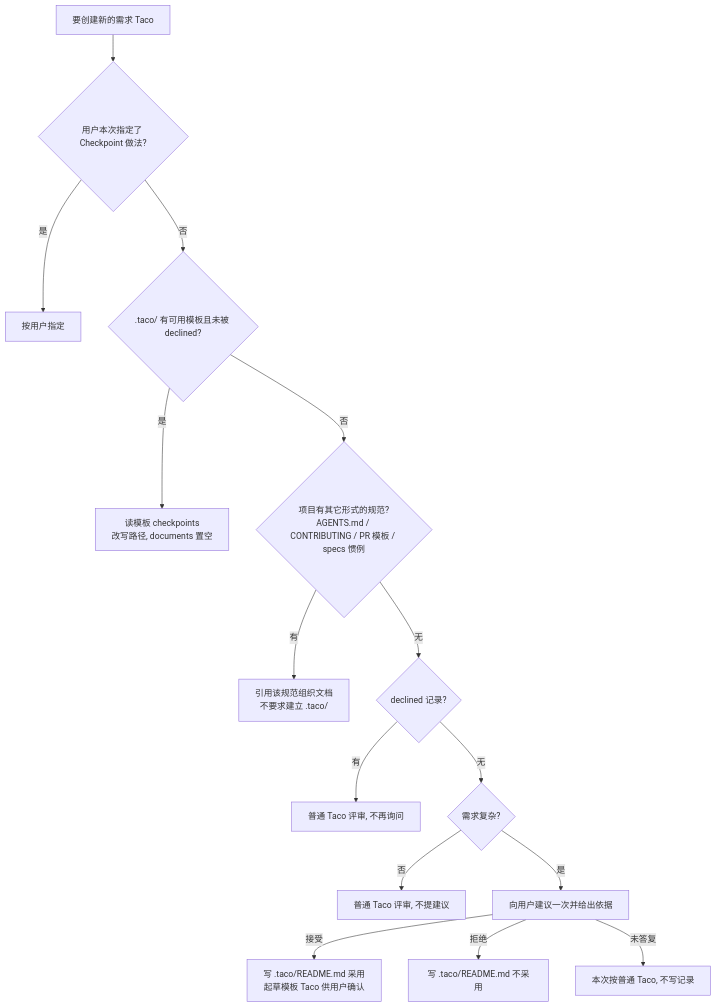
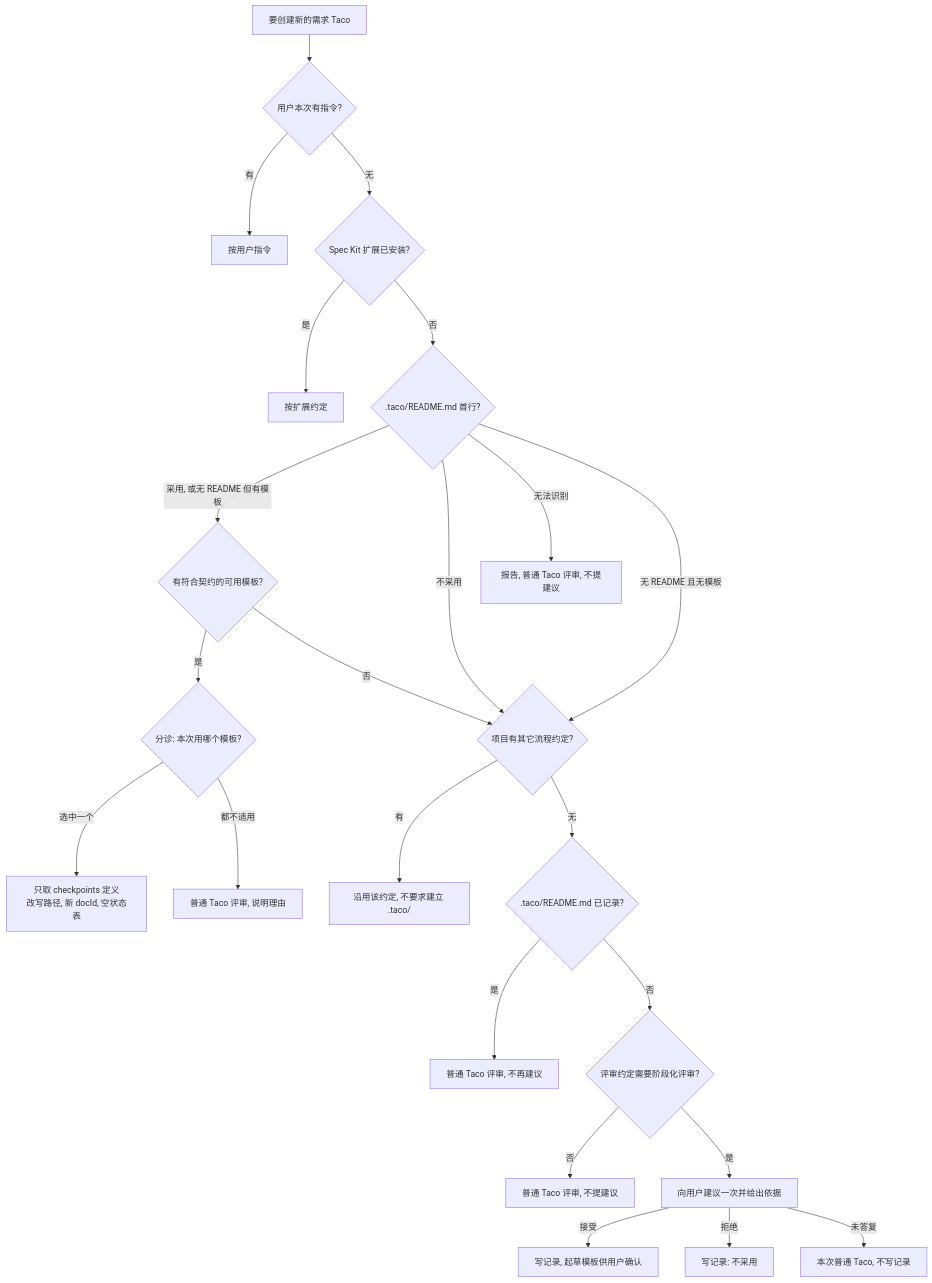
The diagram in specs/017-project-checkpoint-convention/spec.md (Arcadia822/taco), drawn with Mermaid before and after one commit. The commit also changed other lines of this file and 1 other file, not shown here.

Commit message:
docs(specs): revise TACO-34 design per second human review

````diff
--- a/specs/017-project-checkpoint-convention/spec.md
+++ b/specs/017-project-checkpoint-convention/spec.md
@@ -55,17 +69,25 @@
 ```mermaid
 flowchart TD
-  A[要创建新的需求 Taco] --> B{用户本次指定了 Checkpoint 做法?}
-  B -- 是 --> U[按用户指定]
-  B -- 否 --> C{.taco/ 有可用模板且未被 declined?}
-  C -- 是 --> T[读模板 checkpoints<br/>改写路径, documents 置空]
-  C -- 否 --> D{项目有其它形式的规范?<br/>AGENTS.md / CONTRIBUTING / PR 模板 / specs 惯例}
-  D -- 有 --> F[引用该规范组织文档<br/>不要求建立 .taco/]
-  D -- 无 --> R{declined 记录?}
-  R -- 有 --> P[普通 Taco 评审, 不再询问]
-  R -- 无 --> E{需求复杂?}
+  A[要创建新的需求 Taco] --> B{用户本次有指令?}
+  B -- 有 --> U[按用户指令]
+  B -- 无 --> K{Spec Kit 扩展已安装?}
+  K -- 是 --> KS[按扩展约定]
+  K -- 否 --> M{.taco/README.md 首行?}
+  M -- 采用, 或无 README 但有模板 --> C{有符合契约的可用模板?}
+  M -- 不采用 --> D
+  M -- 无法识别 --> X[报告, 普通 Taco 评审, 不提建议]
+  M -- 无 README 且无模板 --> D
+  C -- 是 --> T{分诊: 本次用哪个模板?}
+  T -- 选中一个 --> T1[只取 checkpoints 定义<br/>改写路径, 新 docId, 空状态表]
+  T -- 都不适用 --> P0[普通 Taco 评审, 说明理由]
+  C -- 否 --> D{项目有其它流程约定?}
+  D -- 有 --> F[沿用该约定, 不要求建立 .taco/]
+  D -- 无 --> R{.taco/README.md 已记录?}
+  R -- 是 --> P[普通 Taco 评审, 不再建议]
+  R -- 否 --> E{评审约定需要阶段化评审?}
   E -- 否 --> P2[普通 Taco 评审, 不提建议]
   E -- 是 --> Q[向用户建议一次并给出依据]
-  Q -- 接受 --> R1[写 .taco/README.md 采用<br/>起草模板 Taco 供用户确认]
-  Q -- 拒绝 --> R2[写 .taco/README.md 不采用]
-  Q -- 未答复 --> P3[本次按普通 Taco, 不写记录]
+  Q -- 接受 --> R1[写记录, 起草模板供用户确认]
+  Q -- 拒绝 --> R2[写记录: 不采用]
+  Q -- 未答复 --> P3[本次普通 Taco, 不写记录]
 ```
````
